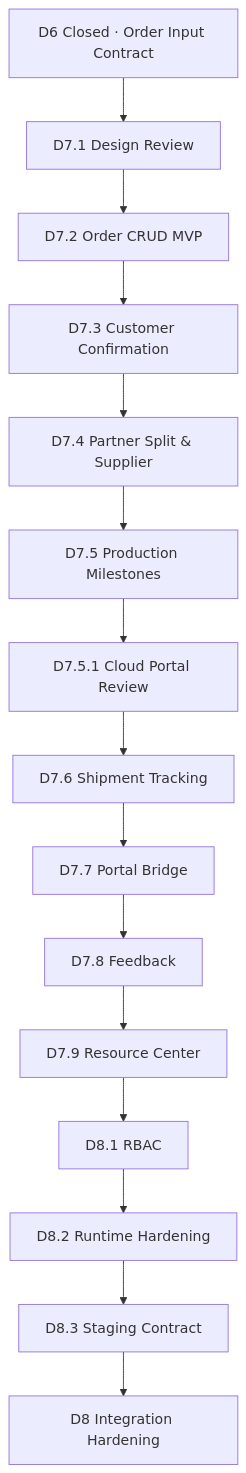
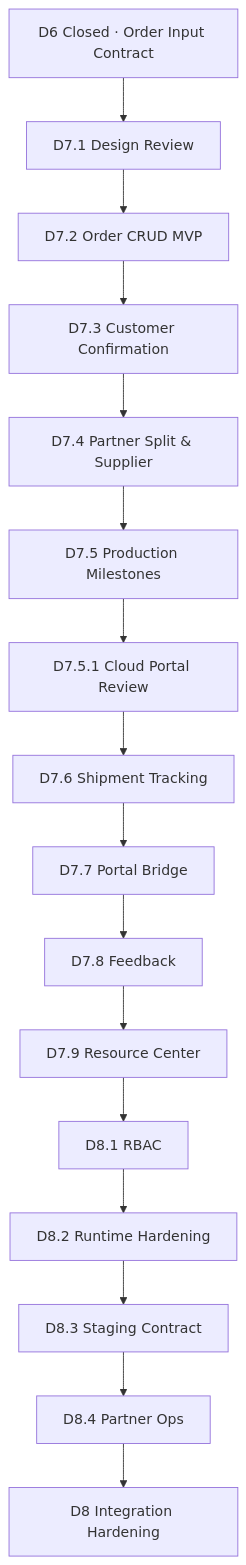
Before and after one commit to StefanoJIA/PartnerOS: the diagram in docs/phase3/phase3_roadmap.md, drawn with Mermaid. The commit also changed other lines of this file and 14 other files, not shown here.

````diff
--- a/docs/phase3/phase3_roadmap.md
+++ b/docs/phase3/phase3_roadmap.md
@@ -43,33 +44,35 @@
 ```mermaid
 flowchart TD
   D6[D6 Closed · Order Input Contract]
   D71[D7.1 Design Review]
   D72[D7.2 Order CRUD MVP]
   D73[D7.3 Customer Confirmation]
   D74[D7.4 Partner Split & Supplier]
   D75[D7.5 Production Milestones]
   D751[D7.5.1 Cloud Portal Review]
   D76[D7.6 Shipment Tracking]
   D77[D7.7 Portal Bridge]
   D78[D7.8 Feedback]
   D79[D7.9 Resource Center]
   D81[D8.1 RBAC]
   D82[D8.2 Runtime Hardening]
   D83[D8.3 Staging Contract]
+  D84[D8.4 Partner Ops]
   D8[D8 Integration Hardening]
 
   D6 --> D71
   D71 --> D72
   D72 --> D73
   D73 --> D74
   D74 --> D75
   D75 --> D751
   D751 --> D76
   D76 --> D77
   D77 --> D78
   D78 --> D79
   D79 --> D81
   D81 --> D82
   D82 --> D83
-  D83 --> D8
+  D83 --> D84
+  D84 --> D8
 ```
````
